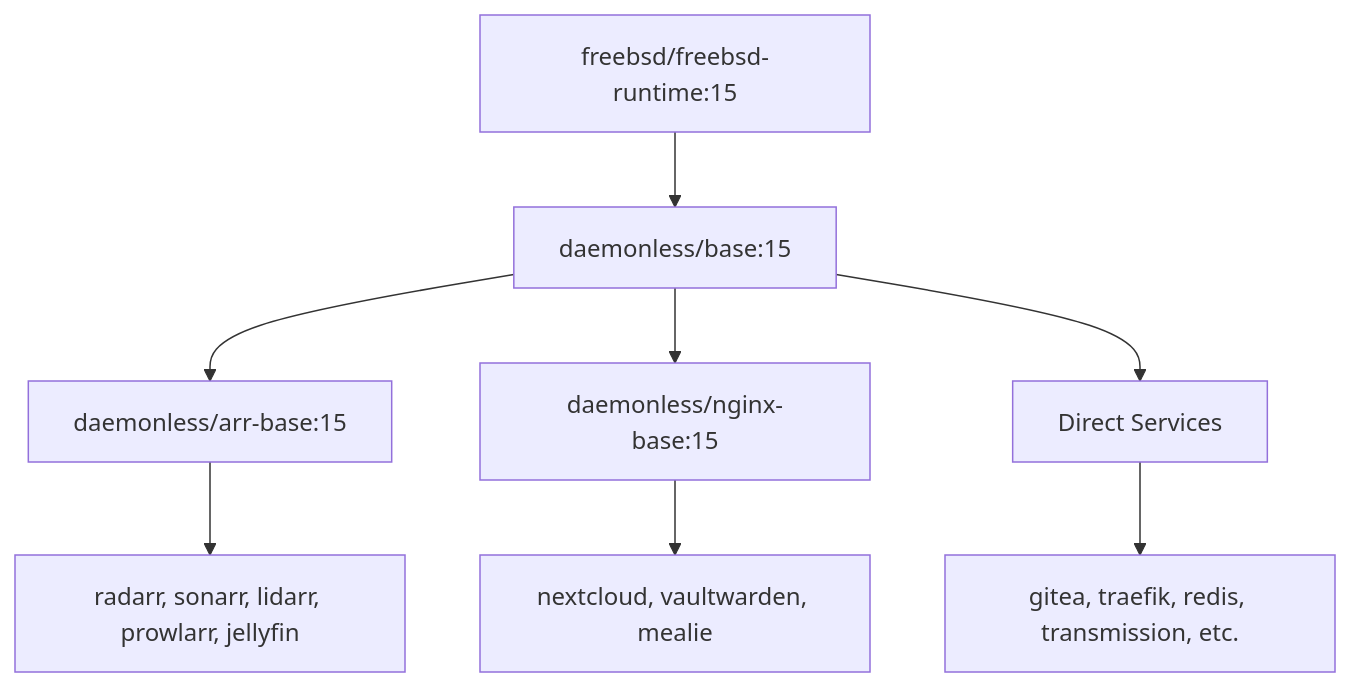
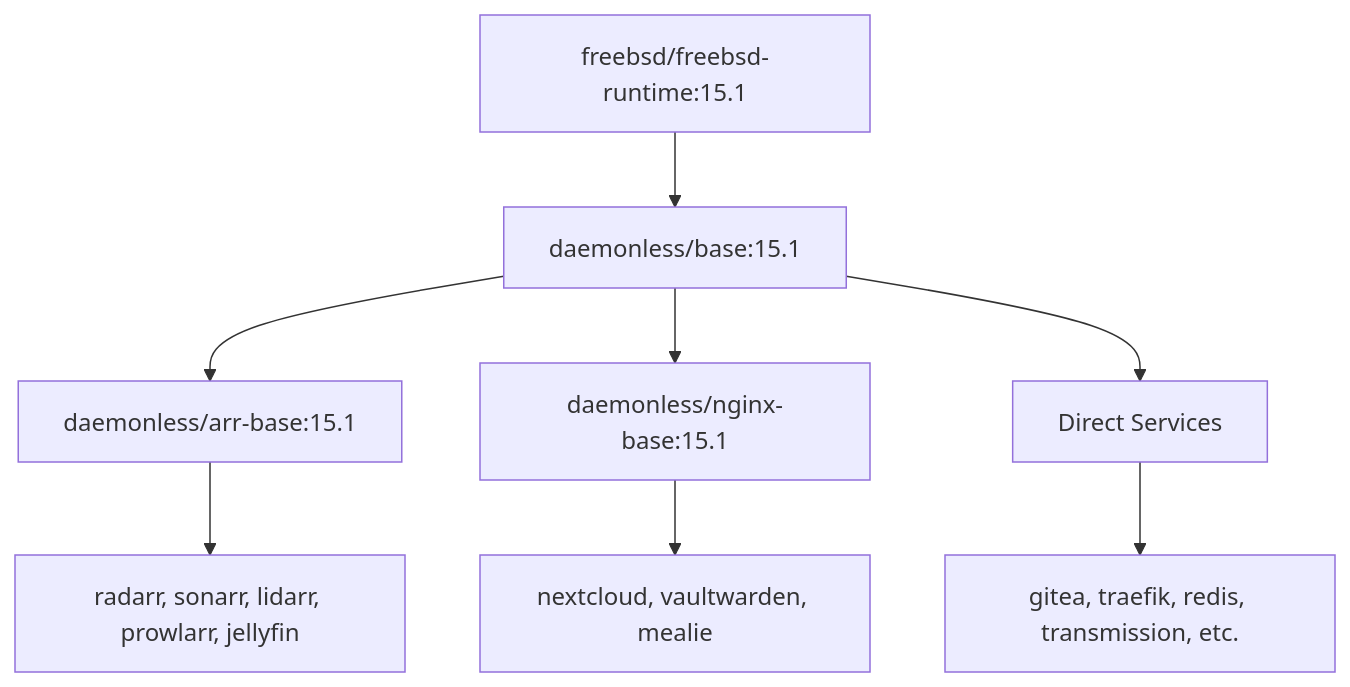
One commit to daemonless/daemonless-io changed the diagram in docs/guides/development.md. Above: the diagram before and after it, drawn with Mermaid. The commit also changed other lines of this file and 3 other files, not shown here.

````diff
--- a/docs/guides/development.md
+++ b/docs/guides/development.md
@@ -14,10 +14,10 @@
 ```mermaid
 graph TD
-    A[freebsd/freebsd-runtime:15] --> B[daemonless/base:15]
-    B --> C[daemonless/arr-base:15]
-    B --> D[daemonless/nginx-base:15]
+    A[freebsd/freebsd-runtime:15.1] --> B[daemonless/base:15.1]
+    B --> C[daemonless/arr-base:15.1]
+    B --> D[daemonless/nginx-base:15.1]
     B --> E[Direct Services]
     C --> F[radarr, sonarr, lidarr, prowlarr, jellyfin]
     D --> G[nextcloud, vaultwarden, mealie]
     E --> H[gitea, traefik, redis, transmission, etc.]
 ```
````
